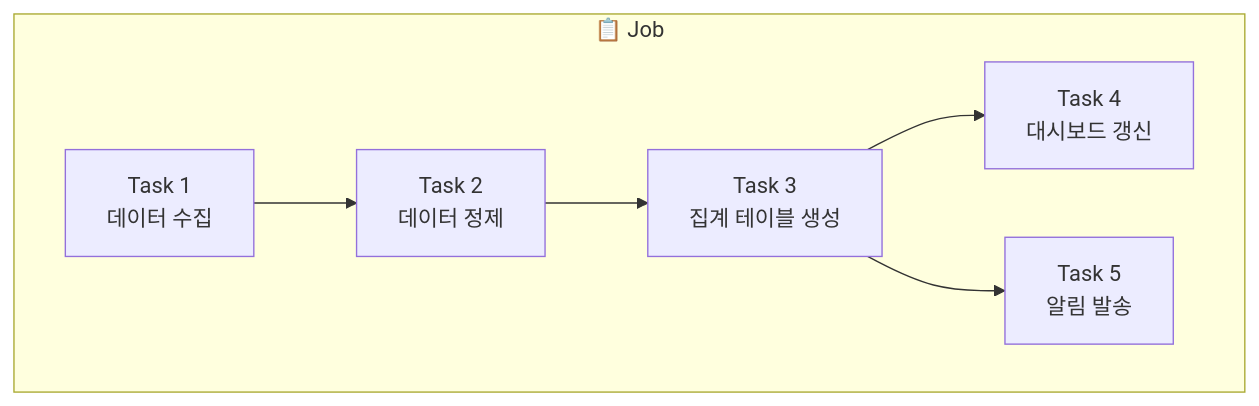
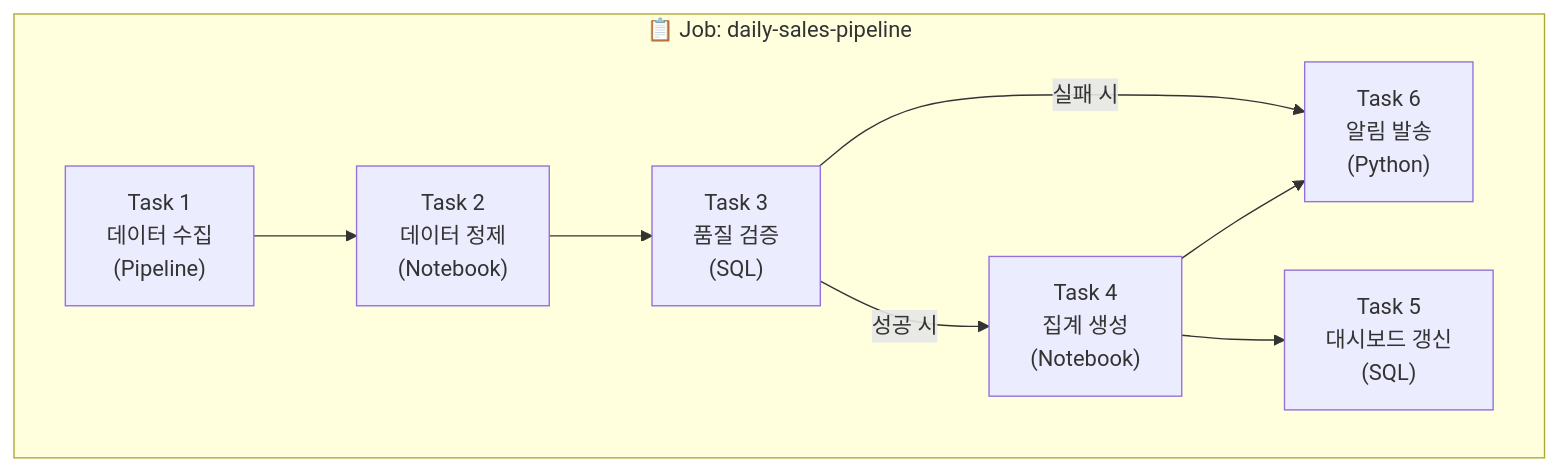
Before and after one commit to SimyungYang/simyung-dbx-training: the first of 3 diagrams in 05-data-engineering/lakeflow-jobs/what-is-lakeflow-jobs.md, drawn with Mermaid. The commit also changed other lines of this file and 21 other files, not shown here.

````diff
--- a/05-data-engineering/lakeflow-jobs/what-is-lakeflow-jobs.md
+++ b/05-data-engineering/lakeflow-jobs/what-is-lakeflow-jobs.md
@@ -13,15 +13,18 @@
 ```mermaid
 graph TB
-    subgraph Job["📋 Job"]
-        T1["Task 1<br/>데이터 수집"]
-        T2["Task 2<br/>데이터 정제"]
-        T3["Task 3<br/>집계 테이블 생성"]
-        T4["Task 4<br/>대시보드 갱신"]
-        T5["Task 5<br/>알림 발송"]
+    subgraph Job["📋 Job: daily-sales-pipeline"]
+        T1["Task 1<br/>데이터 수집<br/>(Pipeline)"]
+        T2["Task 2<br/>데이터 정제<br/>(Notebook)"]
+        T3["Task 3<br/>품질 검증<br/>(SQL)"]
+        T4["Task 4<br/>집계 생성<br/>(Notebook)"]
+        T5["Task 5<br/>대시보드 갱신<br/>(SQL)"]
+        T6["Task 6<br/>알림 발송<br/>(Python)"]
 
         T1 --> T2
         T2 --> T3
-        T3 --> T4
-        T3 --> T5
+        T3 -->|"성공 시"| T4
+        T3 -->|"실패 시"| T6
+        T4 --> T5
+        T4 --> T6
     end
 ```
````
